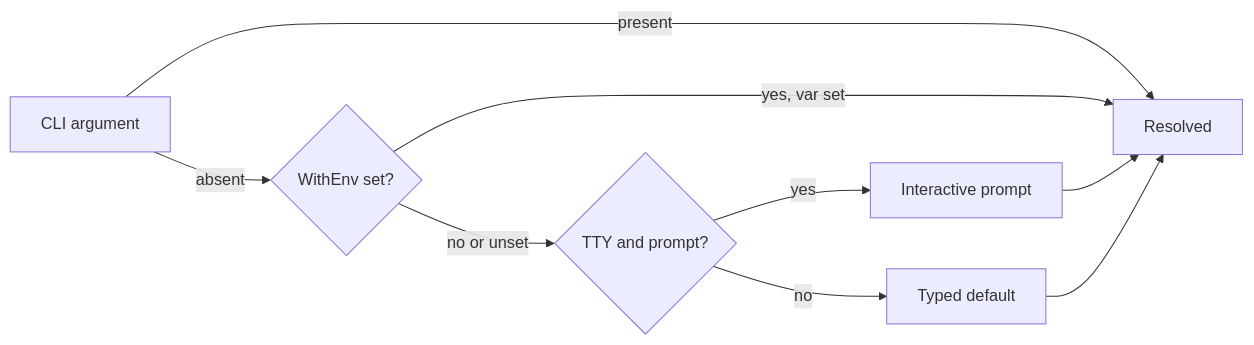
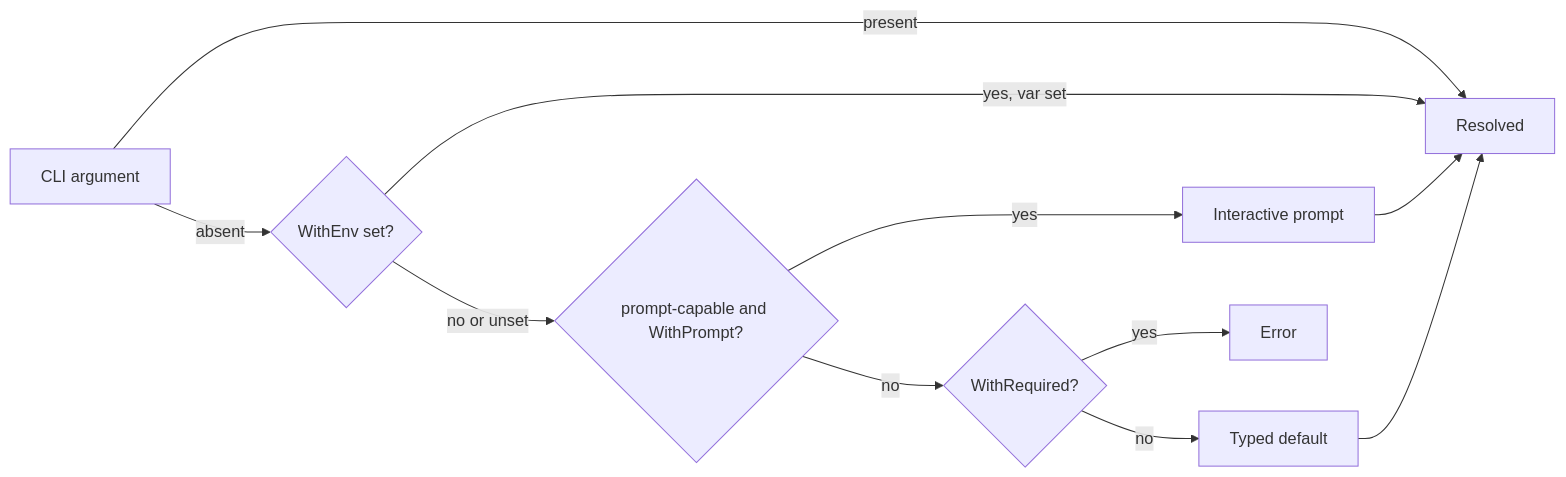
The first of 2 diagrams in README.md (nabat-dev/nabat), drawn with Mermaid before and after one commit. The commit also changed other lines of this file and 14 other files, not shown here.

````diff
--- a/README.md
+++ b/README.md
@@ -364,9 +364,11 @@
 ```mermaid
 flowchart LR
     cli[CLI argument] -->|present| done[Resolved]
     cli -->|absent| envCheck{WithEnv set?}
     envCheck -->|yes, var set| done
-    envCheck -->|no or unset| ttyCheck{TTY and prompt?}
-    ttyCheck -->|yes| prompt[Interactive prompt] --> done
-    ttyCheck -->|no| def[Typed default] --> done
+    envCheck -->|no or unset| promptCheck{prompt-capable and WithPrompt?}
+    promptCheck -->|yes| prompt[Interactive prompt] --> done
+    promptCheck -->|no| requiredCheck{WithRequired?}
+    requiredCheck -->|yes| fail[Error]
+    requiredCheck -->|no| def[Typed default] --> done
 ```
````
